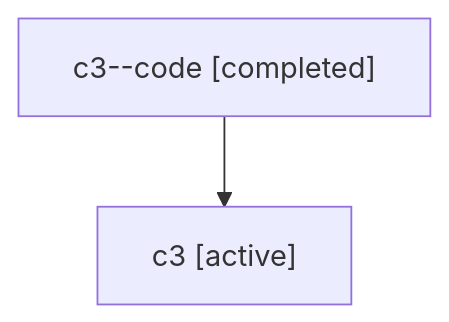
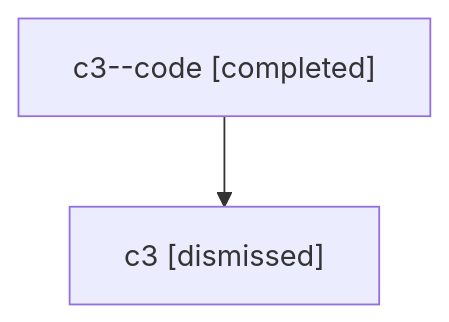
One commit to sase-org/sase--agents changed the diagram in sessions/bbugyi200.athena.c3.md. Above: the diagram before and after it, drawn with Mermaid. The commit also changed other lines of this file and 22 other files, not shown here.

````diff
--- a/sessions/bbugyi200.athena.c3.md
+++ b/sessions/bbugyi200.athena.c3.md
@@ -9,6 +9,6 @@
 ```mermaid
 flowchart TD
   n0["c3--code [completed]"]
-  n1["c3 [active]"]
+  n1["c3 [dismissed]"]
   n0 --> n1
 ```
````
